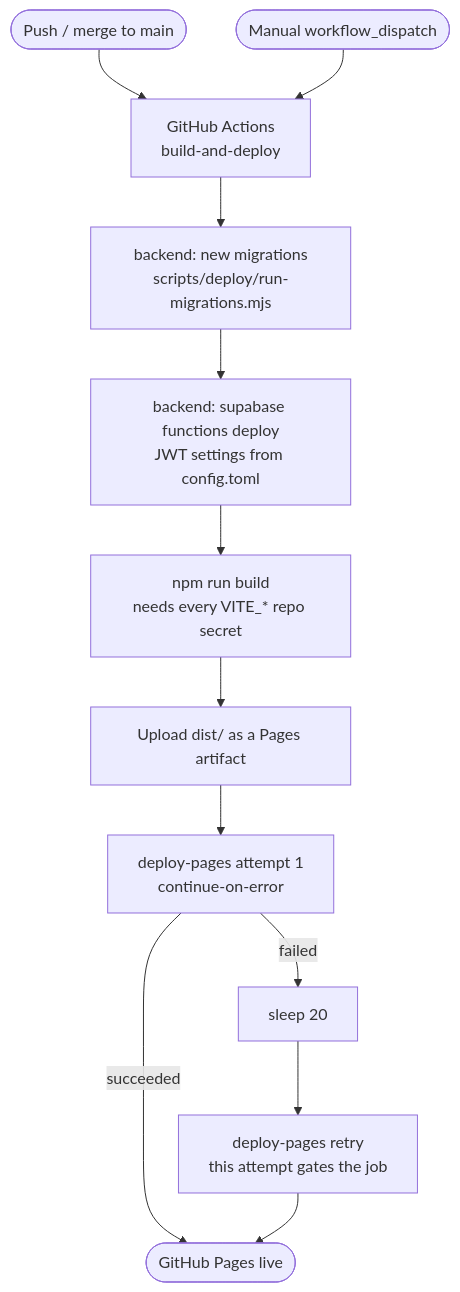
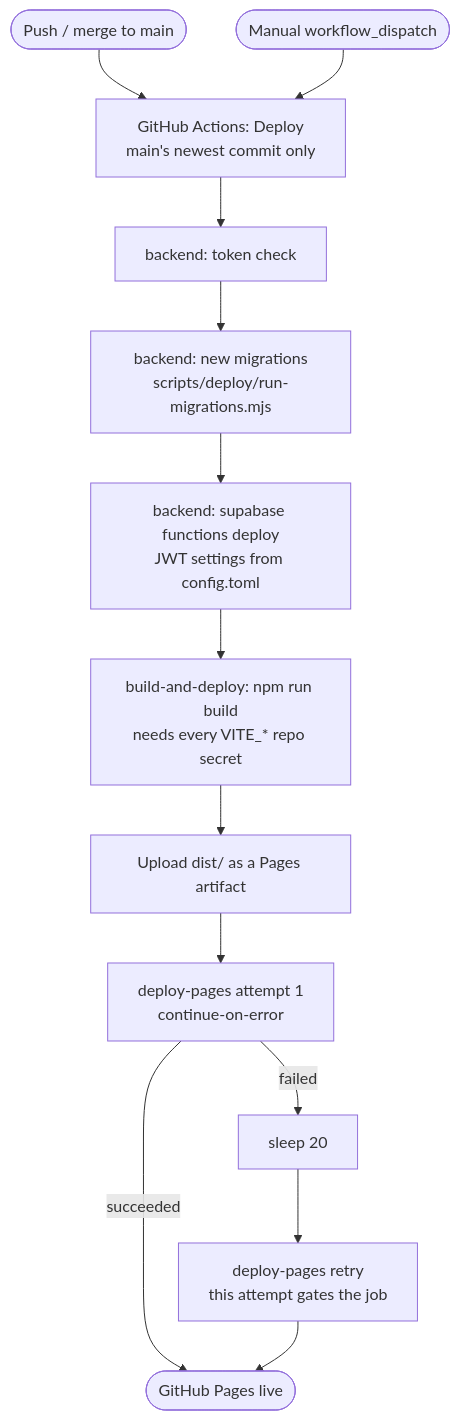
Before and after one commit to Lasciviens/Project_Daily: the third of 3 diagrams in README.md, drawn with Mermaid. The commit also changed other lines of this file and 7 other files, not shown here.

````diff
--- a/README.md
+++ b/README.md
@@ -245,15 +245,16 @@
 ```mermaid
 flowchart TD
-    PUSH([Push / merge to main]) --> GHA[GitHub Actions<br/>build-and-deploy]
+    PUSH([Push / merge to main]) --> GHA[GitHub Actions: Deploy<br/>main's newest commit only]
     DISPATCH([Manual workflow_dispatch]) --> GHA
-    GHA --> MIG[backend: new migrations<br/>scripts/deploy/run-migrations.mjs]
+    GHA --> TOK[backend: token check]
+    TOK --> MIG[backend: new migrations<br/>scripts/deploy/run-migrations.mjs]
     MIG --> FN[backend: supabase functions deploy<br/>JWT settings from config.toml]
-    FN --> VITE[npm run build<br/>needs every VITE_* repo secret]
+    FN --> VITE[build-and-deploy: npm run build<br/>needs every VITE_* repo secret]
     VITE --> ARTIFACT[Upload dist/ as a Pages artifact]
     ARTIFACT --> D1[deploy-pages attempt 1<br/>continue-on-error]
     D1 -- succeeded --> PAGES([GitHub Pages live])
     D1 -- failed --> WAIT[sleep 20]
     WAIT --> D2[deploy-pages retry<br/>this attempt gates the job]
     D2 --> PAGES
 
 ```
````
